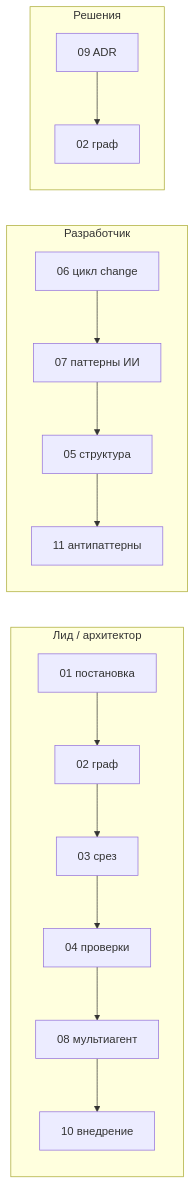
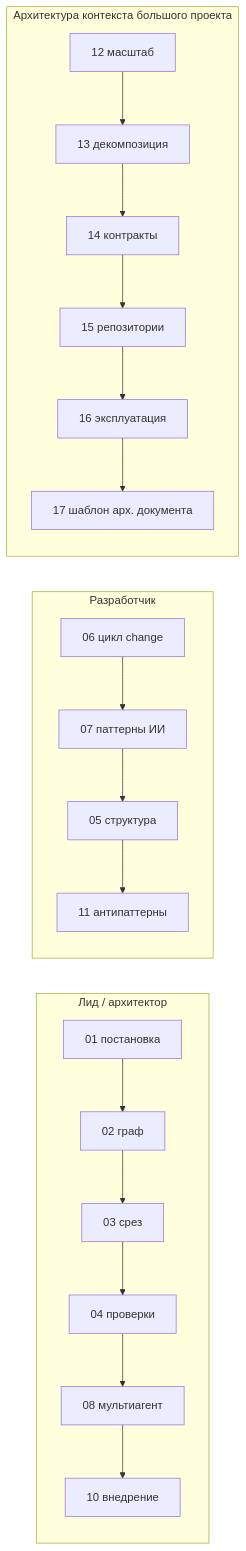
The diagram in docs/patterns/README.md (LordOfTheSber/openspec_idle), drawn with Mermaid before and after one commit. The commit also changed other lines of this file and 10 other files, not shown here.

First line of the commit message:
docs(patterns): архитектура контекста большого модульного проекта

````diff
--- a/docs/patterns/README.md
+++ b/docs/patterns/README.md
@@ -39,12 +45,12 @@
 ```mermaid
 flowchart LR
   subgraph Лид["Лид / архитектор"]
     A1[01 постановка] --> A2[02 граф] --> A3[03 срез] --> A4[04 проверки] --> A5[08 мультиагент] --> A6[10 внедрение]
   end
   subgraph Dev["Разработчик"]
     B1[06 цикл change] --> B2[07 паттерны ИИ] --> B3[05 структура] --> B4[11 антипаттерны]
   end
-  subgraph Arch["Решения"]
-    C1[09 ADR] --> C2[02 граф]
+  subgraph Arch["Архитектура контекста большого проекта"]
+    C1[12 масштаб] --> C2[13 декомпозиция] --> C3[14 контракты] --> C4[15 репозитории] --> C5[16 эксплуатация] --> C6[17 шаблон арх. документа]
   end
 ```
````
